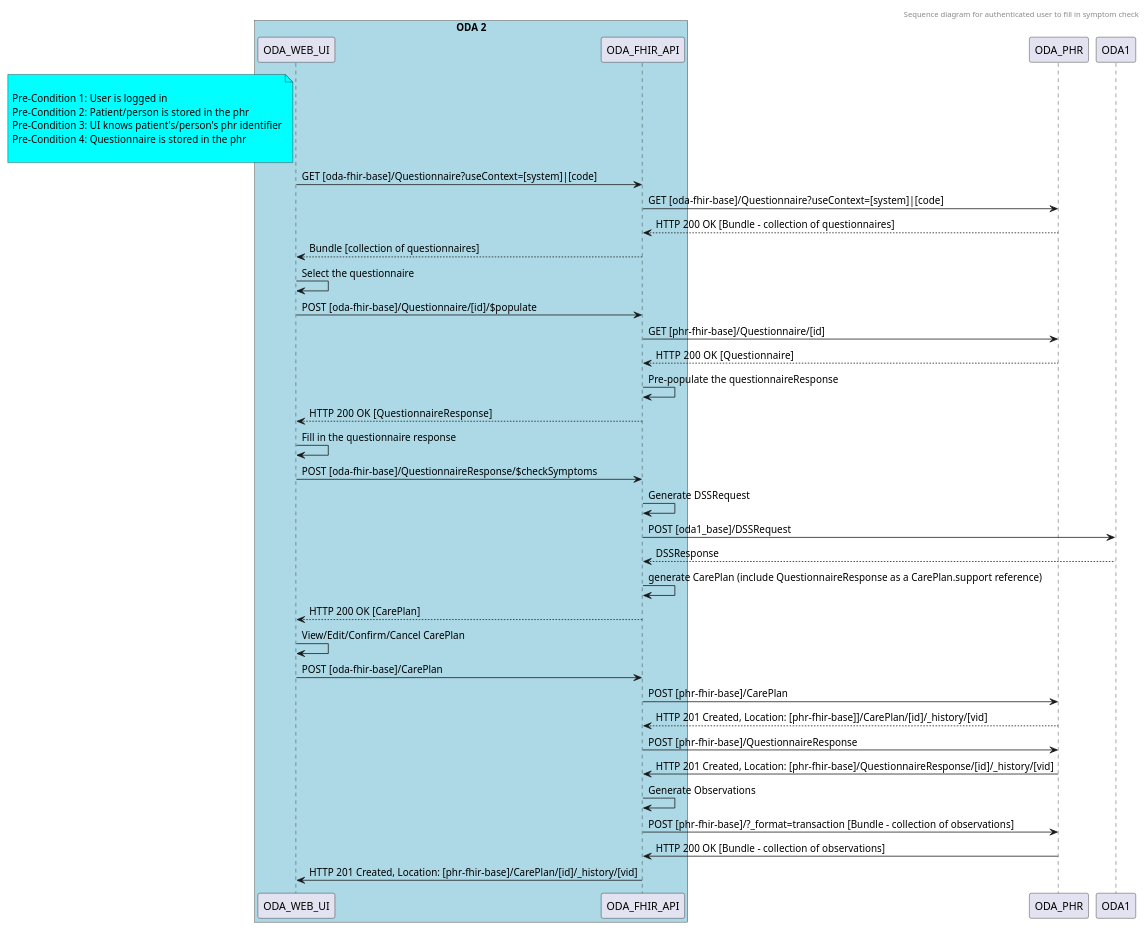
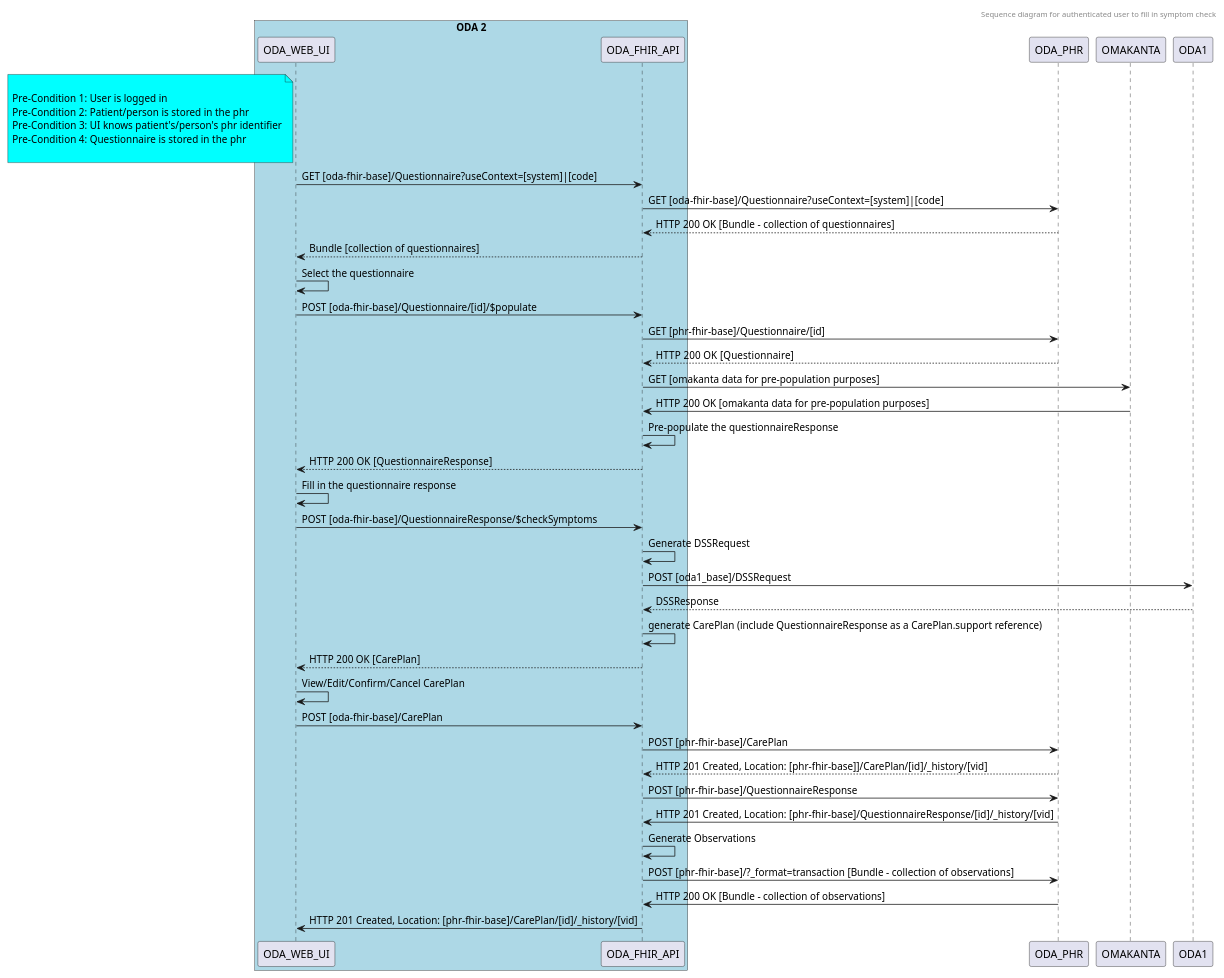
Before and after one commit to ruoat/definitions: the diagram in sequence-diagrams/symptom-check-authenticated-user.puml, drawn with PlantUML. The commit also changed 1 other file, not shown here.

Commit message:
Add get pre-population data from Omakanta

```diff
--- a/sequence-diagrams/symptom-check-authenticated-user.puml
+++ b/sequence-diagrams/symptom-check-authenticated-user.puml
@@ -1,53 +1,57 @@
 @startuml
 header
 Sequence diagram for authenticated user to fill in symptom check
 endheader
 
 participant ODA_WEB_UI
 participant ODA_FHIR_API
 
 note left of ODA_WEB_UI #aqua
 
 Pre-Condition 1: User is logged in
 Pre-Condition 2: Patient/person is stored in the phr
 Pre-Condition 3: UI knows patient's/person's phr identifier
 Pre-Condition 4: Questionnaire is stored in the phr
 
 end note
 
 box "ODA 2" #LightBlue
 	participant ODA_WEB_UI
 	participant ODA_FHIR_API
 end box
 
 ODA_WEB_UI -> ODA_FHIR_API: GET [oda-fhir-base]/Questionnaire?useContext=[system]|[code]
 ODA_FHIR_API -> ODA_PHR: GET [oda-fhir-base]/Questionnaire?useContext=[system]|[code]
 ODA_FHIR_API <-- ODA_PHR: HTTP 200 OK [Bundle - collection of questionnaires]
 ODA_WEB_UI <-- ODA_FHIR_API: Bundle [collection of questionnaires]
 
 ODA_WEB_UI -> ODA_WEB_UI: Select the questionnaire
 ODA_WEB_UI -> ODA_FHIR_API: POST [oda-fhir-base]/Questionnaire/[id]/$populate
 ODA_FHIR_API -> ODA_PHR: GET [phr-fhir-base]/Questionnaire/[id]
-ODA_FHIR_API <-- ODA_PHR : HTTP 200 OK  [Questionnaire]
+ODA_FHIR_API <-- ODA_PHR: HTTP 200 OK  [Questionnaire]
+
+ODA_FHIR_API -> OMAKANTA: GET [omakanta data for pre-population purposes]
+ODA_FHIR_API <- OMAKANTA: HTTP 200 OK [omakanta data for pre-population purposes]
 ODA_FHIR_API -> ODA_FHIR_API: Pre-populate the questionnaireResponse
+
 ODA_WEB_UI <-- ODA_FHIR_API: HTTP 200 OK  [QuestionnaireResponse]
 
 ODA_WEB_UI -> ODA_WEB_UI: Fill in the questionnaire response
 ODA_WEB_UI -> ODA_FHIR_API: POST [oda-fhir-base]/QuestionnaireResponse/$checkSymptoms
 ODA_FHIR_API -> ODA_FHIR_API: Generate DSSRequest
 ODA_FHIR_API -> ODA1: POST [oda1_base]/DSSRequest
 ODA_FHIR_API <-- ODA1: DSSResponse
 ODA_FHIR_API -> ODA_FHIR_API: generate CarePlan (include QuestionnaireResponse as a CarePlan.support reference)
 ODA_WEB_UI <-- ODA_FHIR_API: HTTP 200 OK [CarePlan]
 
 ODA_WEB_UI -> ODA_WEB_UI: View/Edit/Confirm/Cancel CarePlan
 ODA_WEB_UI -> ODA_FHIR_API: POST [oda-fhir-base]/CarePlan
 ODA_FHIR_API -> ODA_PHR: POST [phr-fhir-base]/CarePlan
 ODA_FHIR_API <-- ODA_PHR: HTTP 201 Created, Location: [phr-fhir-base]]/CarePlan/[id]/_history/[vid]
 ODA_FHIR_API -> ODA_PHR: POST [phr-fhir-base]/QuestionnaireResponse
 ODA_FHIR_API <- ODA_PHR: HTTP 201 Created, Location: [phr-fhir-base]/QuestionnaireResponse/[id]/_history/[vid]
 ODA_FHIR_API -> ODA_FHIR_API: Generate Observations
 ODA_FHIR_API -> ODA_PHR: POST [phr-fhir-base]/?_format=transaction [Bundle - collection of observations]
 ODA_FHIR_API <- ODA_PHR: HTTP 200 OK [Bundle - collection of observations]
 ODA_WEB_UI <- ODA_FHIR_API: HTTP 201 Created, Location: [phr-fhir-base]/CarePlan/[id]/_history/[vid]
 @enduml
```
